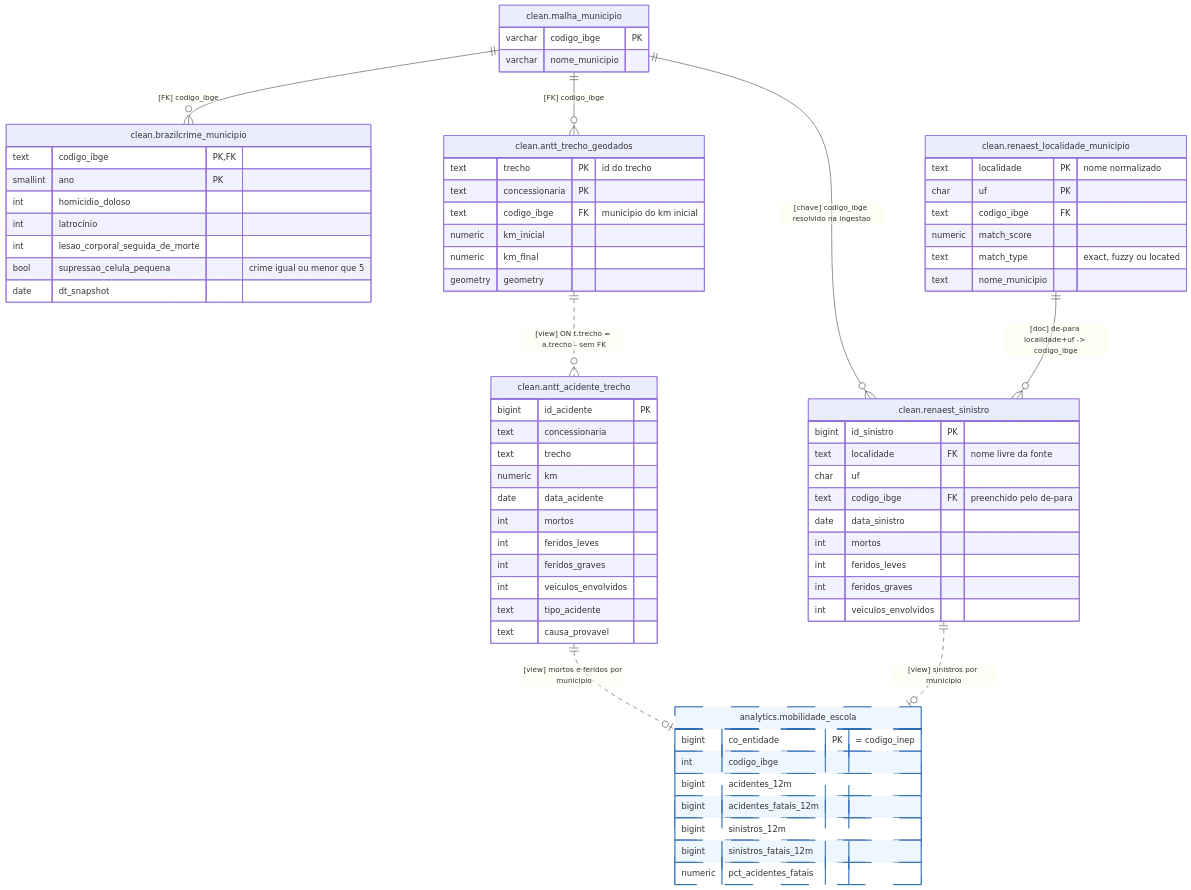
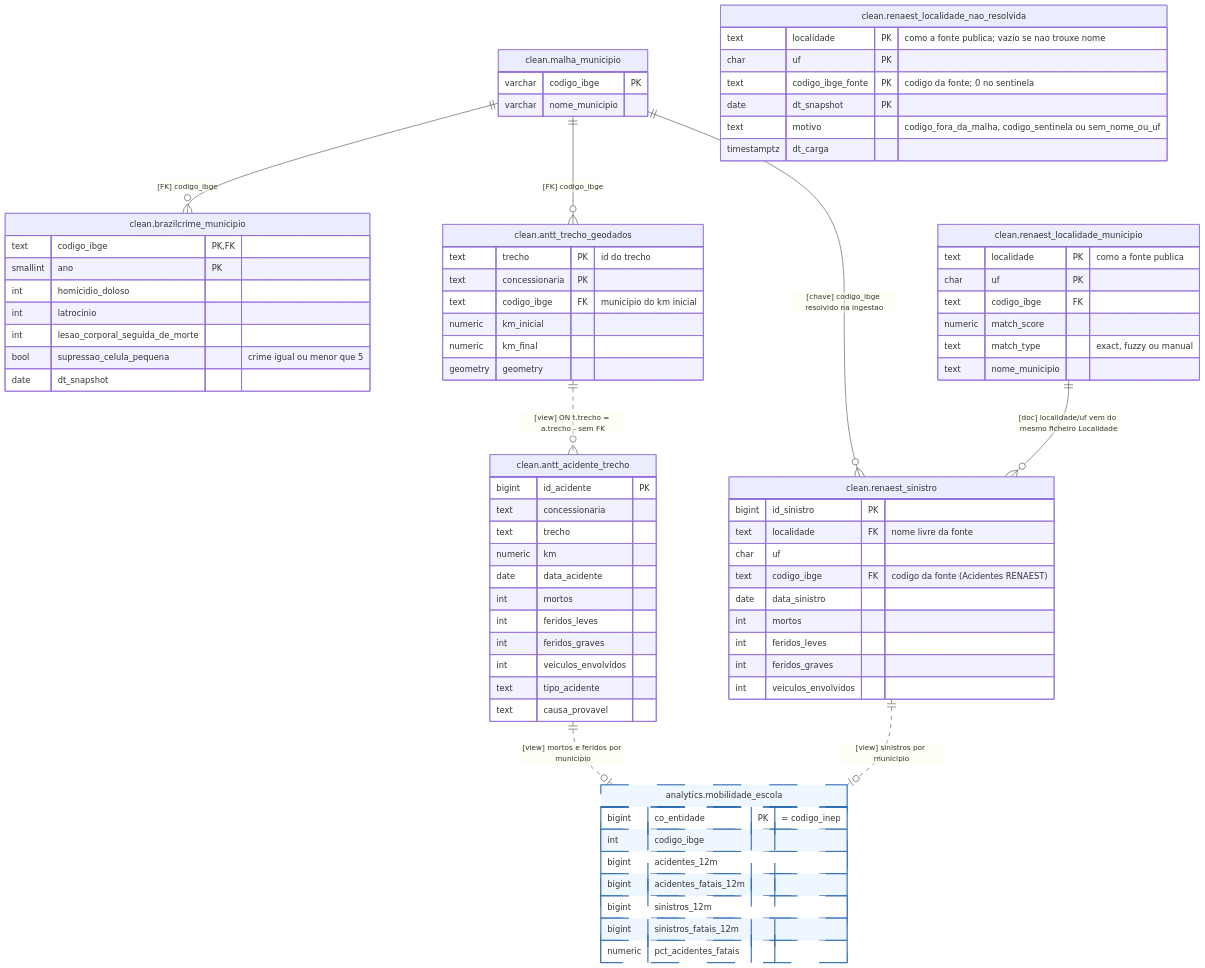
One commit to marcoarthur/edumaps changed the diagram in docs/diagramas/07-risco-seguranca.mmd. Above: the diagram before and after it, drawn with Mermaid. The commit also changed 5 other files, not shown here.

Commit message:
docs(diagramas): RENAEST não resolvida no ER (#155)

```diff
--- a/docs/diagramas/07-risco-seguranca.mmd
+++ b/docs/diagramas/07-risco-seguranca.mmd
@@ -1,85 +1,95 @@
 erDiagram
 %% 07 · Risco e segurança — acidentes de trânsito, sinistros rodoviários e
 %% criminalidade municipal. Duas coisas acontecem aqui:
-%%   (a) acidentes/sinistros sao resolvidos para MUNICIPIO durante a ingestao
-%%       (de-para renaest_localidade_municipio) e depois alimentam a view de
-%%       mobilidade do diagrama 05;
+%%   (a) sinistros sao resolvidos para MUNICIPIO durante a ingestao pelo
+%%       codigo_ibge da propria fonte (Acidentes), com o de-para
+%%       renaest_localidade_municipio a fornecer localidade/UF; o que nao
+%%       resolve fica em renaest_localidade_nao_resolvida. Depois alimentam a
+%%       view de mobilidade do diagrama 05;
 %%   (b) a ligacao acidente->trecho e feita NA VIEW, sem FOREIGN KEY.
 %% NAO existe view de risco consolidada no banco: brazilcrime e consumido
 %% diretamente pelo IVET no relatorio R (analysis/reports/new_data_sources.Rmd).
 
     clean.malha_municipio ||--o{ clean.brazilcrime_municipio : "[FK] codigo_ibge"
     clean.malha_municipio ||--o{ clean.antt_trecho_geodados : "[FK] codigo_ibge"
     clean.malha_municipio ||--o{ clean.renaest_sinistro : "[chave] codigo_ibge resolvido na ingestao"
 
     clean.antt_trecho_geodados ||..o{ clean.antt_acidente_trecho : "[view] ON t.trecho = a.trecho - sem FK"
-    clean.renaest_localidade_municipio ||--o{ clean.renaest_sinistro : "[doc] de-para localidade+uf -> codigo_ibge"
+    clean.renaest_localidade_municipio ||--o{ clean.renaest_sinistro : "[doc] localidade/uf vem do mesmo ficheiro Localidade"
 
     clean.antt_acidente_trecho ||..o| analytics.mobilidade_escola : "[view] mortos e feridos por municipio"
     clean.renaest_sinistro ||..o| analytics.mobilidade_escola : "[view] sinistros por municipio"
 
     clean.malha_municipio {
         varchar codigo_ibge PK
         varchar nome_municipio
     }
     clean.brazilcrime_municipio {
         text codigo_ibge PK,FK
         smallint ano PK
         int homicidio_doloso
         int latrocinio
         int lesao_corporal_seguida_de_morte
         bool supressao_celula_pequena "crime igual ou menor que 5"
         date dt_snapshot
     }
     clean.antt_trecho_geodados {
         text trecho PK "id do trecho"
         text concessionaria PK
         text codigo_ibge FK "municipio do km inicial"
         numeric km_inicial
         numeric km_final
         geometry geometry
     }
     clean.antt_acidente_trecho {
         bigint id_acidente PK
         text concessionaria
         text trecho
         numeric km
         date data_acidente
         int mortos
         int feridos_leves
         int feridos_graves
         int veiculos_envolvidos
         text tipo_acidente
         text causa_provavel
     }
     clean.renaest_localidade_municipio {
-        text localidade PK "nome normalizado"
+        text localidade PK "como a fonte publica"
         char uf PK
         text codigo_ibge FK
         numeric match_score
-        text match_type "exact, fuzzy ou located"
+        text match_type "exact, fuzzy ou manual"
         text nome_municipio
+    }
+    clean.renaest_localidade_nao_resolvida {
+        text localidade PK "como a fonte publica; vazio se nao trouxe nome"
+        char uf PK
+        text codigo_ibge_fonte PK "codigo da fonte; 0 no sentinela"
+        date dt_snapshot PK
+        text motivo "codigo_fora_da_malha, codigo_sentinela ou sem_nome_ou_uf"
+        timestamptz dt_carga
     }
     clean.renaest_sinistro {
         bigint id_sinistro PK
         text localidade FK "nome livre da fonte"
         char uf
-        text codigo_ibge FK "preenchido pelo de-para"
+        text codigo_ibge FK "codigo da fonte (Acidentes RENAEST)"
         date data_sinistro
         int mortos
         int feridos_leves
         int feridos_graves
         int veiculos_envolvidos
     }
     analytics.mobilidade_escola {
         bigint co_entidade PK " = codigo_inep"
         int codigo_ibge
         bigint acidentes_12m
         bigint acidentes_fatais_12m
         bigint sinistros_12m
         bigint sinistros_fatais_12m
         numeric pct_acidentes_fatais
     }
 
     classDef view fill:#eef6ff,stroke:#2b6cb0,stroke-dasharray: 5 4
     class analytics.mobilidade_escola view
```
